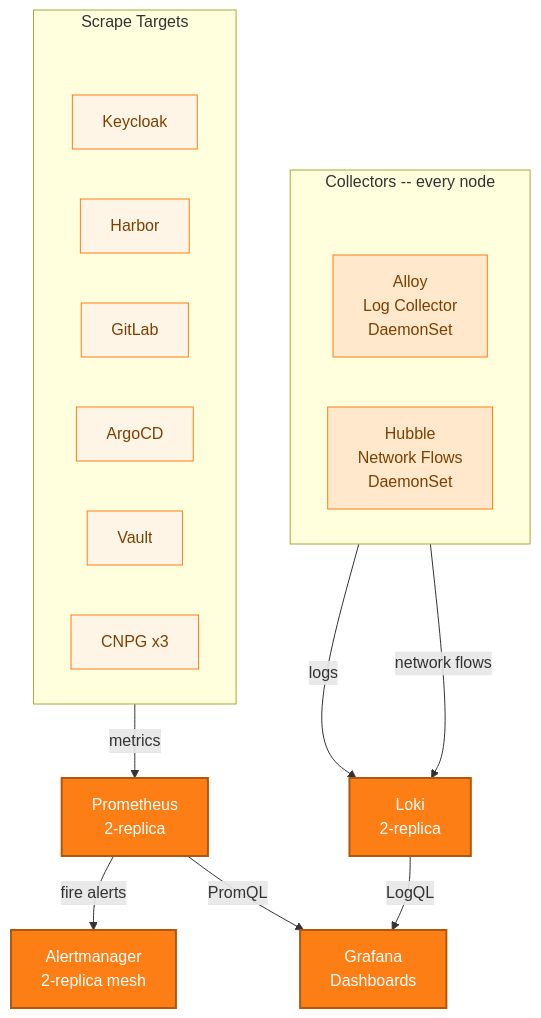
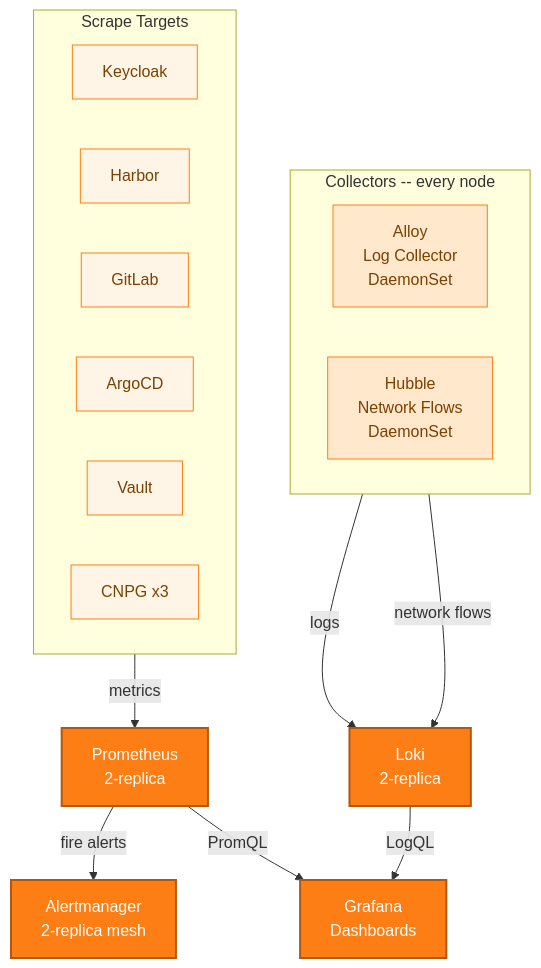
The sixth of 9 diagrams in docs/architecture/landscape.md (derhornspieler/harvester-rke2-svcs), drawn with Mermaid before and after one commit. The commit also changed other lines of this file, not shown here.

Commit message:
fix: limit Mermaid spacer nodes to Where Data Lives diagram only

````diff
--- a/docs/architecture/landscape.md
+++ b/docs/architecture/landscape.md
@@ -221,41 +211,38 @@
 ```mermaid
 graph TD
     subgraph collectors["Collectors -- every node"]
         direction LR
-        c_pad[ ]:::hidden
         Alloy["Alloy<br/>Log Collector<br/>DaemonSet"]
         Hubble["Hubble<br/>Network Flows<br/>DaemonSet"]
     end
 
     subgraph targets["Scrape Targets"]
         direction LR
-        t_pad[ ]:::hidden
         T1["Keycloak"]
         T2["Harbor"]
         T3["GitLab"]
         T4["ArgoCD"]
         T5["Vault"]
         T6["CNPG x3"]
     end
 
     Prom["Prometheus<br/>2-replica"]
     Loki["Loki<br/>2-replica"]
     AM["Alertmanager<br/>2-replica mesh"]
     Grafana["Grafana<br/>Dashboards"]
 
     targets -- "metrics" --> Prom
     Alloy -- "logs" --> Loki
     Hubble -- "network flows" --> Loki
     Prom -- "fire alerts" --> AM
     Prom -- "PromQL" --> Grafana
     Loki -- "LogQL" --> Grafana
 
     classDef obs fill:#fd7e14,color:#fff,stroke:#b15810,stroke-width:2px
     classDef target fill:#fff5e6,color:#7a4100,stroke:#fd7e14,stroke-width:1px
     classDef collector fill:#ffe8cc,color:#7a4100,stroke:#fd7e14,stroke-width:1px
 
     class Prom,Loki,AM,Grafana obs
     class T1,T2,T3,T4,T5,T6 target
     class Alloy,Hubble collector
-    classDef hidden display:none
 ```
````
